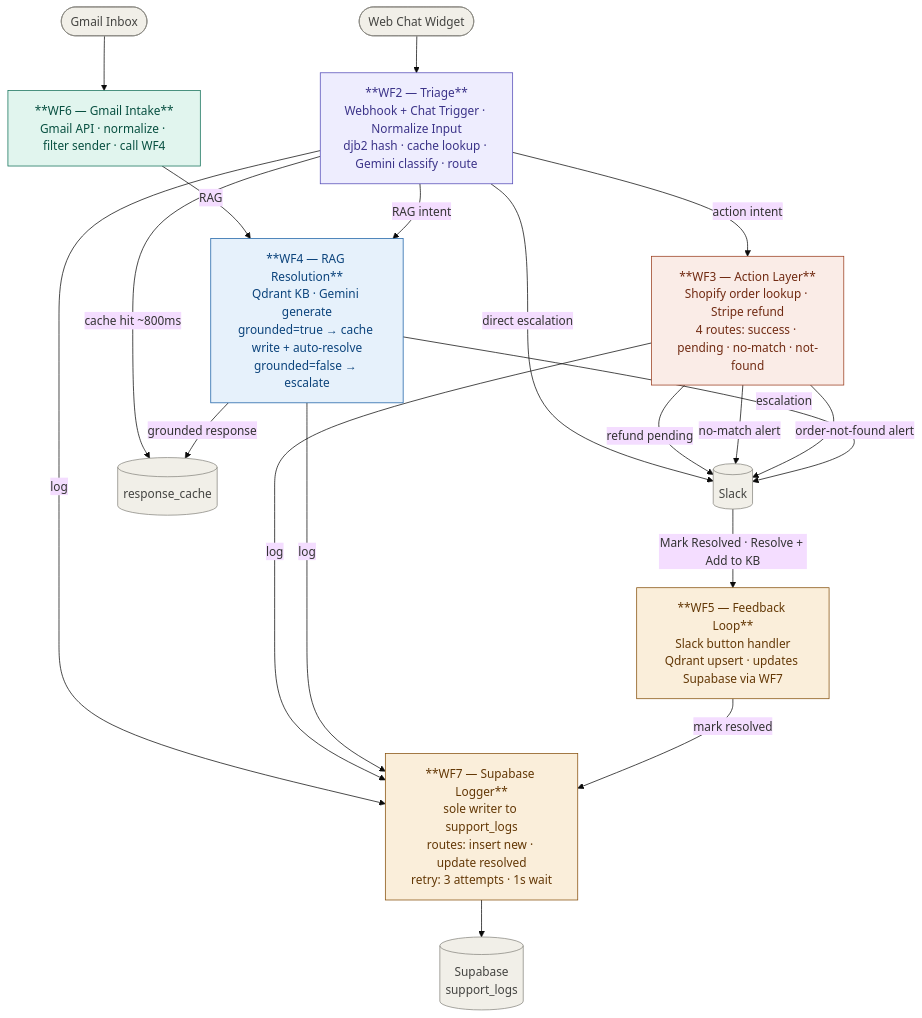
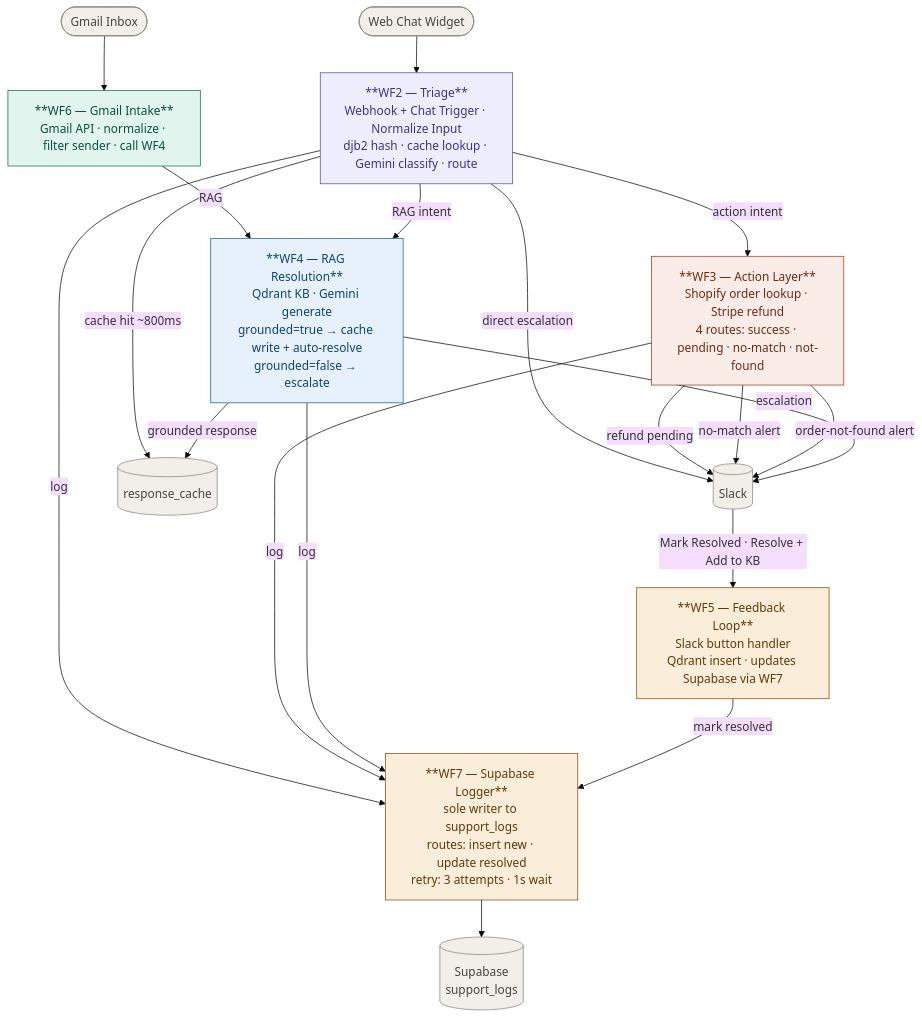
One commit to ShafqaatMalik/n8n-cx-agent changed the diagram in docs/voltshop_architecture.md. Above: the diagram before and after it, drawn with Mermaid (base theme). The commit also changed 5 other files, not shown here.

````diff
--- a/docs/voltshop_architecture.md
+++ b/docs/voltshop_architecture.md
@@ -3,48 +3,48 @@
 ```mermaid
 flowchart TD
     WC([Web Chat Widget]) --> WF2
     GM([Gmail Inbox]) --> WF6
 
     WF2["**WF2 — Triage**\nWebhook + Chat Trigger · Normalize Input\ndjb2 hash · cache lookup · Gemini classify · route"]
     WF6["**WF6 — Gmail Intake**\nGmail API · normalize · filter sender · call WF4"]
 
     WF6 -->|RAG| WF4
     WF2 -->|action intent| WF3
     WF2 -->|RAG intent| WF4
     WF2 -->|direct escalation| SL[(Slack)]
     WF2 -->|cache hit ~800ms| RC[(response_cache)]
 
     WF3["**WF3 — Action Layer**\nShopify order lookup · Stripe refund\n4 routes: success · pending · no-match · not-found"]
     WF4["**WF4 — RAG Resolution**\nQdrant KB · Gemini generate\ngrounded=true → cache write + auto-resolve\ngrounded=false → escalate"]
 
     WF3 -->|refund pending| SL
     WF3 -->|no-match alert| SL
     WF3 -->|order-not-found alert| SL
     WF4 -->|escalation| SL
     WF4 -->|grounded response| RC
 
     SL -->|Mark Resolved · Resolve + Add to KB| WF5
 
-    WF5["**WF5 — Feedback Loop**\nSlack button handler\nQdrant upsert · updates Supabase via WF7"]
+    WF5["**WF5 — Feedback Loop**\nSlack button handler\nQdrant insert · updates Supabase via WF7"]
 
     WF2 -->|log| WF7
     WF3 -->|log| WF7
     WF4 -->|log| WF7
     WF5 -->|mark resolved| WF7
 
     WF7["**WF7 — Supabase Logger**\nsole writer to support_logs\nroutes: insert new · update resolved\nretry: 3 attempts · 1s wait"]
 
     WF7 --> SB[(Supabase\nsupport_logs)]
 
     style WF6 fill:#E1F5EE,stroke:#0F6E56,color:#085041
     style WF2 fill:#EEEDFE,stroke:#534AB7,color:#3C3489
     style WF3 fill:#FAECE7,stroke:#993C1D,color:#712B13
     style WF4 fill:#E6F1FB,stroke:#185FA5,color:#0C447C
     style WF5 fill:#FAEEDA,stroke:#854F0B,color:#633806
     style WF7 fill:#FAEEDA,stroke:#854F0B,color:#633806
     style WC fill:#F1EFE8,stroke:#888780,color:#444441
     style GM fill:#F1EFE8,stroke:#888780,color:#444441
     style SL fill:#F1EFE8,stroke:#888780,color:#444441
     style SB fill:#F1EFE8,stroke:#888780,color:#444441
     style RC fill:#F1EFE8,stroke:#888780,color:#444441
 ```
````
